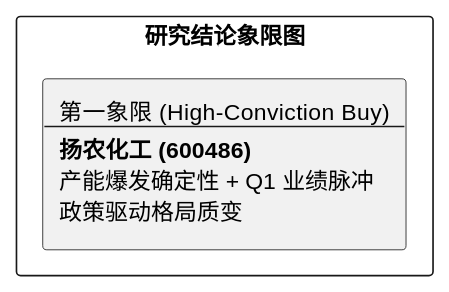
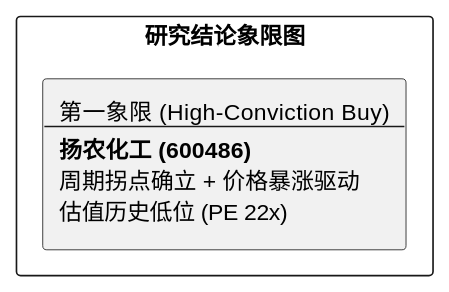
One commit to hrzzzrh/QuantPyLab changed the diagram in investigation/equities/扬农化工/reports/研报章节七：投资摘要与风险因素.md. Above: the diagram before and after it, drawn with PlantUML. The commit also changed other lines of this file and 55 other files, not shown here.

````diff
--- a/investigation/equities/扬农化工/reports/研报章节七：投资摘要与风险因素.md
+++ b/investigation/equities/扬农化工/reports/研报章节七：投资摘要与风险因素.md
@@ -24,7 +24,7 @@
 ```plantuml
 @startuml
 rectangle "研究结论象限图" {
-    rectangle "第一象限 (High-Conviction Buy)\n--\n**扬农化工 (600486)**\n产能爆发确定性 + Q1 业绩脉冲\n政策驱动格局质变" as Q1
+    rectangle "第一象限 (High-Conviction Buy)\n--\n**扬农化工 (600486)**\n周期拐点确立 + 价格暴涨驱动\n估值历史低位 (PE 22x)" as Q1
 }
 @enduml
 ```
````
